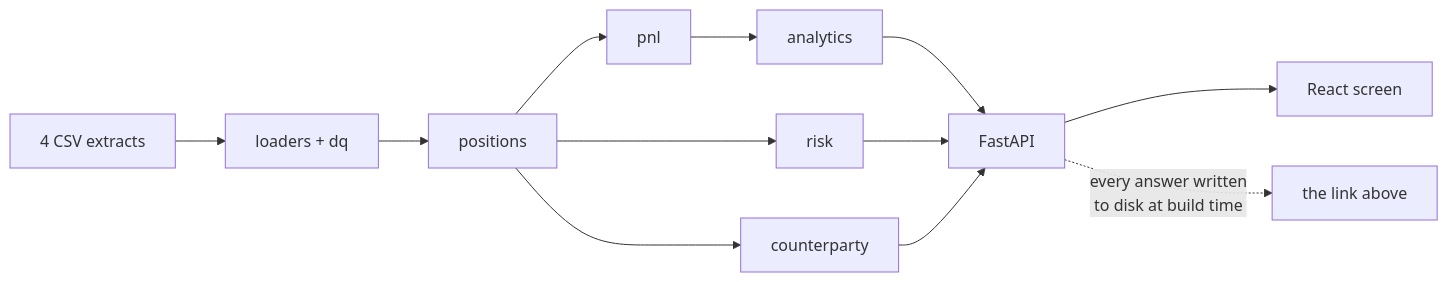
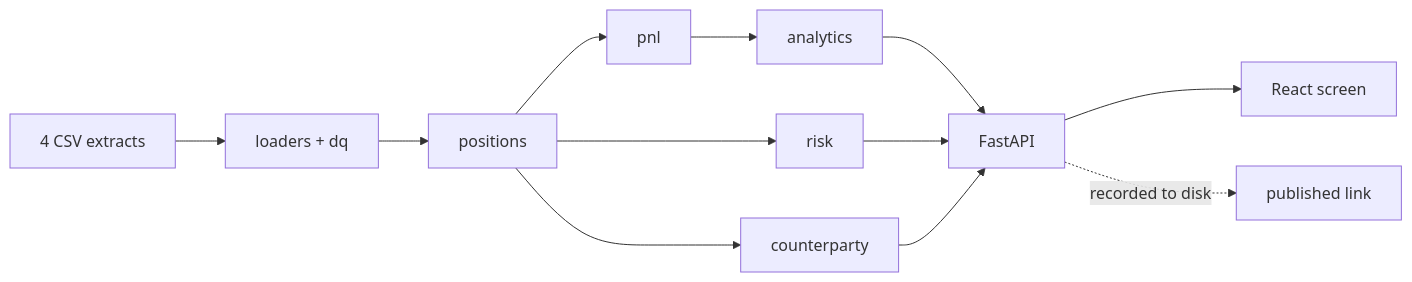
Before and after one commit to akaloic/risk-pnl-dashboard: the first of 2 diagrams in README.md, drawn with Mermaid.

Commit message:
docs: shorten the recording branch so the diagram clears GitHub's controls

````diff
--- a/README.md
+++ b/README.md
@@ -21,8 +21,8 @@
 ```mermaid
 flowchart LR
   CSV["4 CSV extracts"] --> ingest["loaders + dq"] --> positions
   positions --> pnl --> analytics --> api["FastAPI"] --> ui["React screen"]
   positions --> risk --> api
   positions --> counterparty --> api
-  api -. "every answer written<br/>to disk at build time" .-> pages["the link above"]
+  api -. "recorded to disk" .-> pages["published link"]
 ```
````
